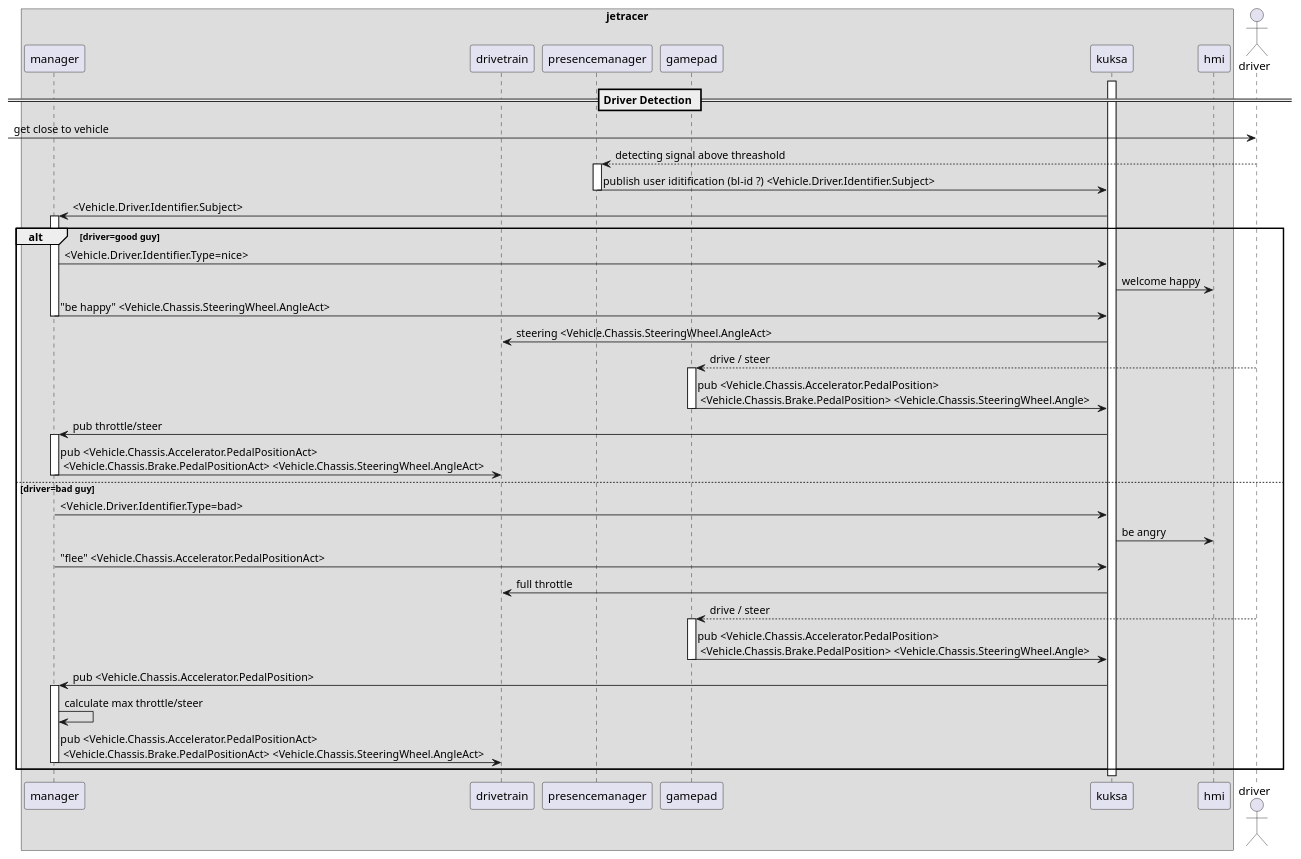
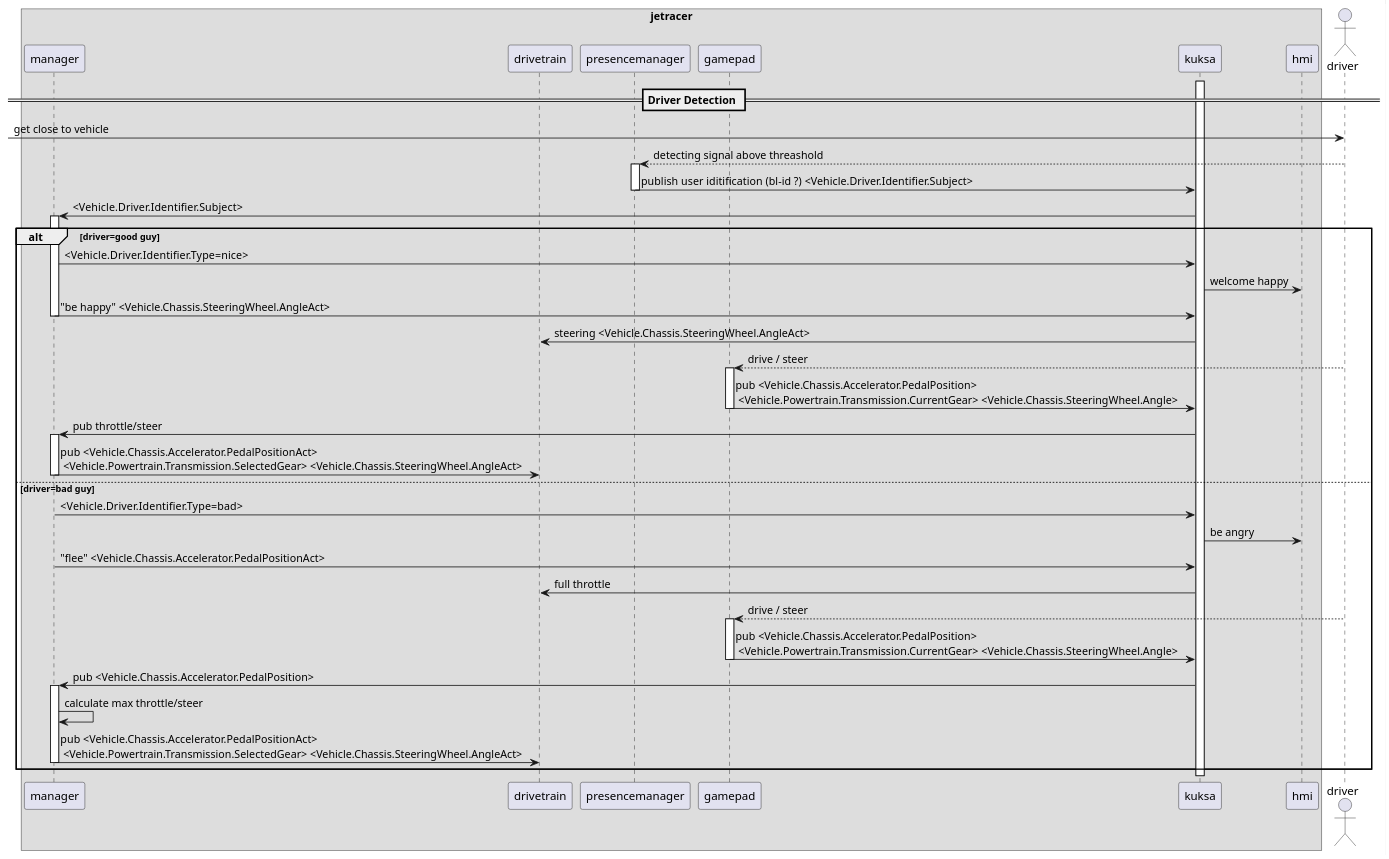
One commit to Eclipse-SDV-Hackathon-BCX/team8 changed the diagram in architecture/sequence.puml. Above: the diagram before and after it, drawn with PlantUML.

Commit message:
docs(arch): fixed Brakes with Gear

```diff
--- a/architecture/sequence.puml
+++ b/architecture/sequence.puml
@@ -1,73 +1,73 @@
 @startuml
 
 
 box jetracer 
   participant manager
   participant drivetrain
   participant presencemanager
   participant gamepad
   participant kuksa
   participant hmi
 end box
 
 actor driver
 
 activate kuksa
 
 ==  Driver Detection ==
   [-> driver : get close to vehicle
   driver --> presencemanager ++: detecting signal above threashold
   presencemanager -> kuksa --: publish user iditification (bl-id ?) <Vehicle.Driver.Identifier.Subject>
   kuksa -> manager ++: <Vehicle.Driver.Identifier.Subject>
   alt driver=good guy
     manager -> kuksa : <Vehicle.Driver.Identifier.Type=nice>
     kuksa -> hmi : welcome happy
     manager -> kuksa --: "be happy" <Vehicle.Chassis.SteeringWheel.AngleAct>
     kuksa -> drivetrain : steering <Vehicle.Chassis.SteeringWheel.AngleAct>
 
     driver --> gamepad ++: drive / steer
-    gamepad -> kuksa --: pub <Vehicle.Chassis.Accelerator.PedalPosition> \n <Vehicle.Chassis.Brake.PedalPosition> <Vehicle.Chassis.SteeringWheel.Angle>
+    gamepad -> kuksa --: pub <Vehicle.Chassis.Accelerator.PedalPosition> \n <Vehicle.Powertrain.Transmission.CurrentGear> <Vehicle.Chassis.SteeringWheel.Angle>
     kuksa -> manager++: pub throttle/steer
-    manager -> drivetrain --: pub <Vehicle.Chassis.Accelerator.PedalPositionAct> \n <Vehicle.Chassis.Brake.PedalPositionAct> <Vehicle.Chassis.SteeringWheel.AngleAct>
+    manager -> drivetrain --: pub <Vehicle.Chassis.Accelerator.PedalPositionAct> \n <Vehicle.Powertrain.Transmission.SelectedGear> <Vehicle.Chassis.SteeringWheel.AngleAct>
 
 
   else driver=bad guy
     manager -> kuksa : <Vehicle.Driver.Identifier.Type=bad>
     kuksa -> hmi : be angry
     manager -> kuksa--:  "flee" <Vehicle.Chassis.Accelerator.PedalPositionAct>
     kuksa -> drivetrain : full throttle
 
     driver --> gamepad ++: drive / steer
-    gamepad -> kuksa --: pub <Vehicle.Chassis.Accelerator.PedalPosition> \n <Vehicle.Chassis.Brake.PedalPosition> <Vehicle.Chassis.SteeringWheel.Angle>
+    gamepad -> kuksa --: pub <Vehicle.Chassis.Accelerator.PedalPosition> \n <Vehicle.Powertrain.Transmission.CurrentGear> <Vehicle.Chassis.SteeringWheel.Angle>
     kuksa -> manager ++: pub <Vehicle.Chassis.Accelerator.PedalPosition> 
     manager -> manager: calculate max throttle/steer
-    manager -> drivetrain --: pub <Vehicle.Chassis.Accelerator.PedalPositionAct> \n <Vehicle.Chassis.Brake.PedalPositionAct> <Vehicle.Chassis.SteeringWheel.AngleAct>
+    manager -> drivetrain --: pub <Vehicle.Chassis.Accelerator.PedalPositionAct> \n <Vehicle.Powertrain.Transmission.SelectedGear> <Vehicle.Chassis.SteeringWheel.AngleAct>
 
 
   end
 
 ' == drive safe ==
 
 '   [-> driver : get close to vehicle
 '   driver --> presencemanager ++: detecting
 '   presencemanager -> kuksa --: publish strongest signal
 '   kuksa -> manager ++: strongest signal 
 '   manager -> manager : store user
 '   alt driver=good guy
 '     driver --> gamepad ++: drive / steer
 '     gamepad -> kuksa --: pub throttle/steer
 '     kuksa -> manager: pub throttle/steer
 '     manager -> drivetrain: throttle/steer
 
 '   else driver=bad guy
 '     driver --> gamepad ++: drive / steer
 '     gamepad -> kuksa --: pub throttle/steer
 '     kuksa -> manager: pub throttle/steer
 '     manager -> manager: calculate max throttle/steer
 '     manager -> drivetrain --: throttle/steer
 
 '   end
 
 
 
 @enduml
```
